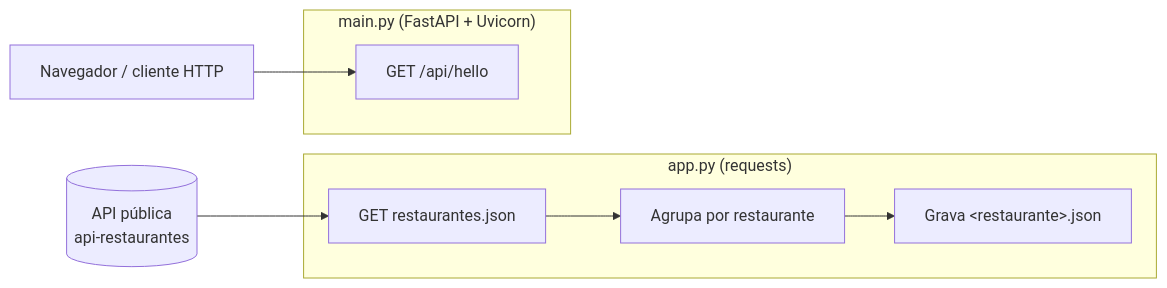
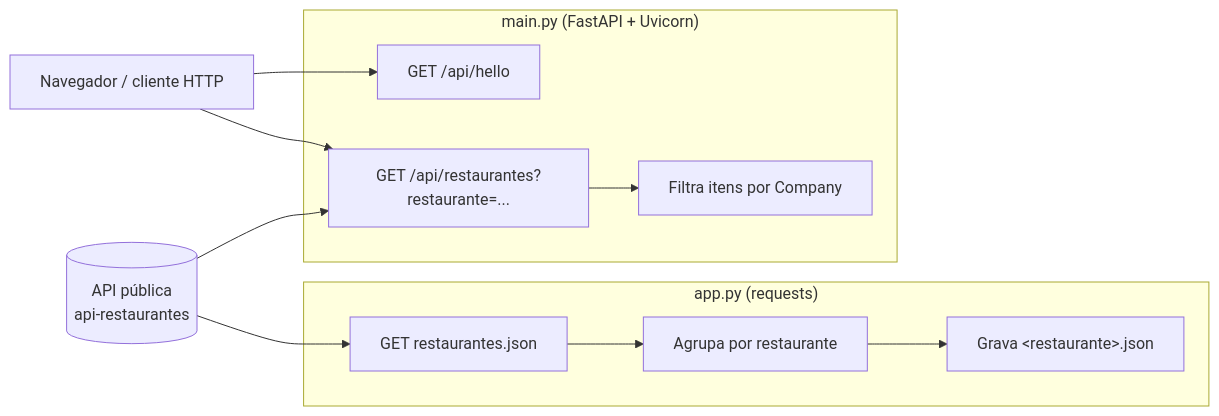
One commit to marcuswlima/learning changed the diagram in python/alura/carreira/NIVEL1/03-objetos-API/OO-SABORES-EXPRESS/README.md. Above: the diagram before and after it, drawn with Mermaid. The commit also changed other lines of this file and 1 other file, not shown here.

First line of the commit message:
OO-SABORES-EXPRESS: adiciona endpoint /api/restaurantes e atualiza README

````diff
--- a/python/alura/carreira/NIVEL1/03-objetos-API/OO-SABORES-EXPRESS/README.md
+++ b/python/alura/carreira/NIVEL1/03-objetos-API/OO-SABORES-EXPRESS/README.md
@@ -36,13 +36,16 @@
 ```mermaid
 flowchart LR
     subgraph Cliente["app.py (requests)"]
         A[GET restaurantes.json] --> B[Agrupa por restaurante]
         B --> C[Grava &lt;restaurante&gt;.json]
     end
     EXT[(API pública<br/>api-restaurantes)] --> A
 
     subgraph Servidor["main.py (FastAPI + Uvicorn)"]
         D["GET /api/hello"]
+        E["GET /api/restaurantes?restaurante=..."] --> F[Filtra itens por Company]
     end
     U[Navegador / cliente HTTP] --> D
+    U --> E
+    EXT --> E
 ```
````
